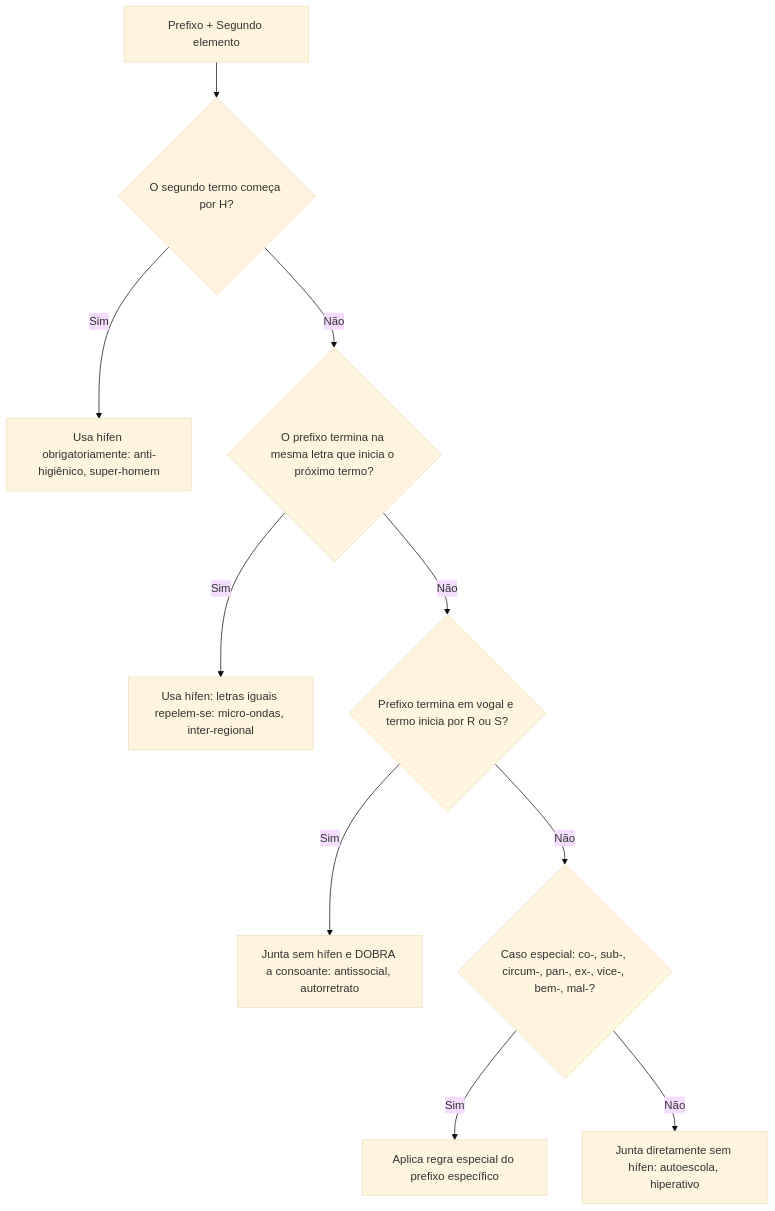
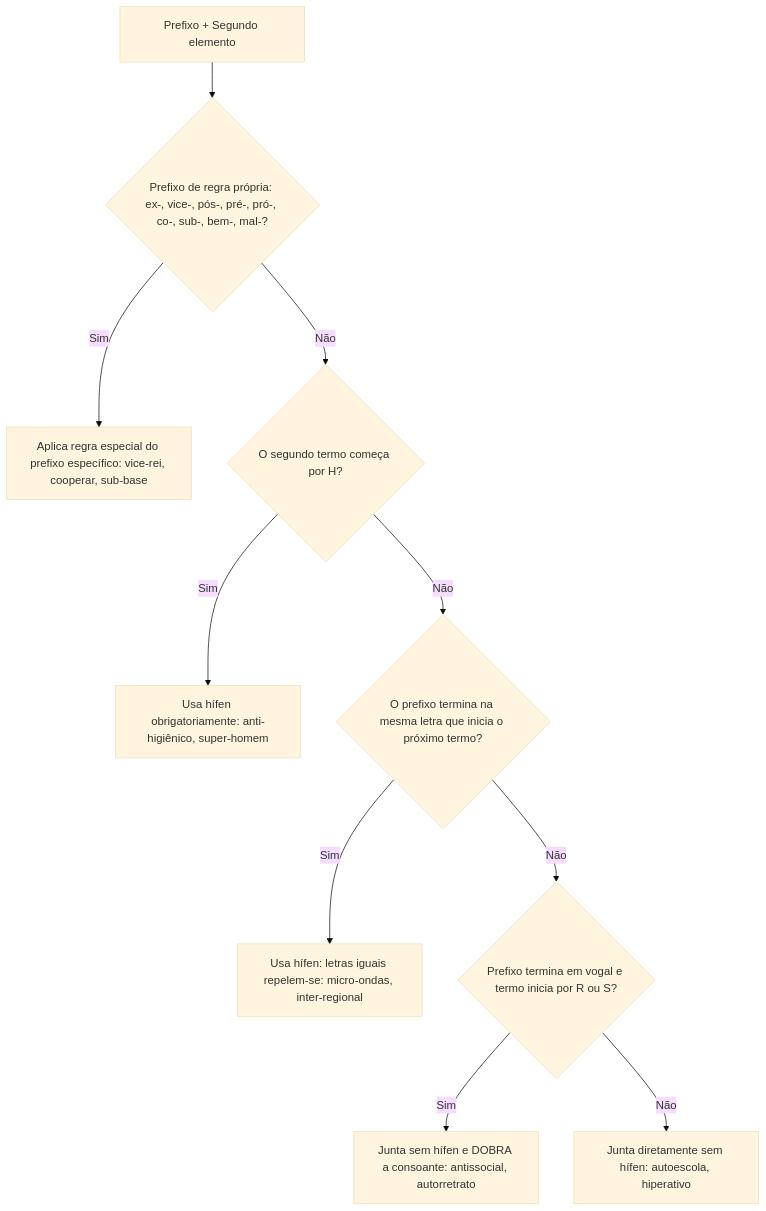
One commit to ValerioFerreira/mentoria-cfo changed the diagram in content/material/lingua-portuguesa/m02/a01-s03.md. Above: the diagram before and after it, drawn with Mermaid (base theme). The commit also changed other lines of this file and 63 other files, not shown here.

````diff
--- a/content/material/lingua-portuguesa/m02/a01-s03.md
+++ b/content/material/lingua-portuguesa/m02/a01-s03.md
@@ -299,12 +299,12 @@
 ```mermaid Fluxo decisório do hífen com prefixos
 flowchart TD
-  A[Prefixo + Segundo elemento] --> B{O segundo termo começa por H?}
+  A[Prefixo + Segundo elemento] --> SP{Prefixo de regra própria: ex-, vice-, pós-, pré-, pró-, co-, sub-, bem-, mal-?}
+  SP -- Sim --> I[Aplica regra especial do prefixo específico: vice-rei, cooperar, sub-base]
+  SP -- Não --> B{O segundo termo começa por H?}
   B -- Sim --> C[Usa hífen obrigatoriamente: anti-higiênico, super-homem]
   B -- Não --> D{O prefixo termina na mesma letra que inicia o próximo termo?}
   D -- Sim --> E[Usa hífen: letras iguais repelem-se: micro-ondas, inter-regional]
   D -- Não --> F{Prefixo termina em vogal e termo inicia por R ou S?}
   F -- Sim --> G[Junta sem hífen e DOBRA a consoante: antissocial, autorretrato]
-  F -- Não --> H{Caso especial: co-, sub-, circum-, pan-, ex-, vice-, bem-, mal-?}
-  H -- Sim --> I[Aplica regra especial do prefixo específico]
-  H -- Não --> J[Junta diretamente sem hífen: autoescola, hiperativo]
+  F -- Não --> J[Junta diretamente sem hífen: autoescola, hiperativo]
 ```
````
